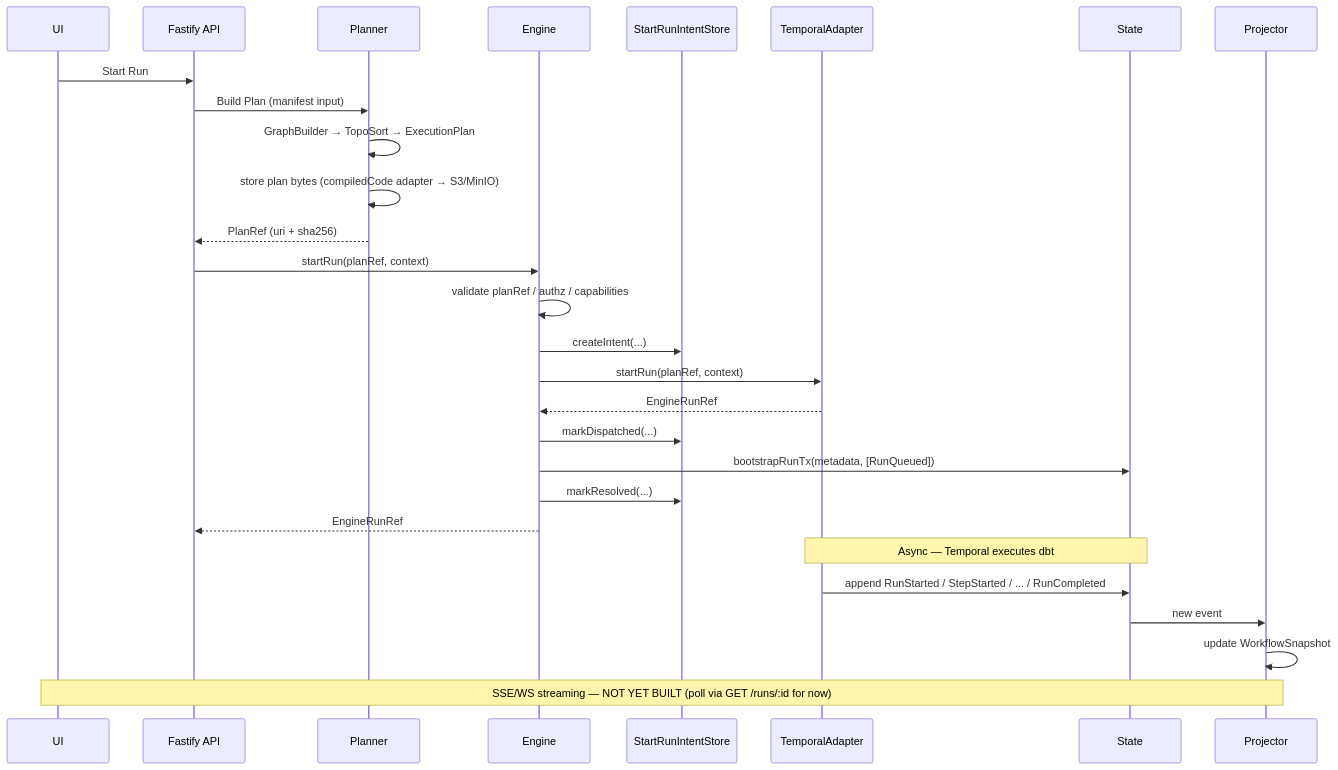
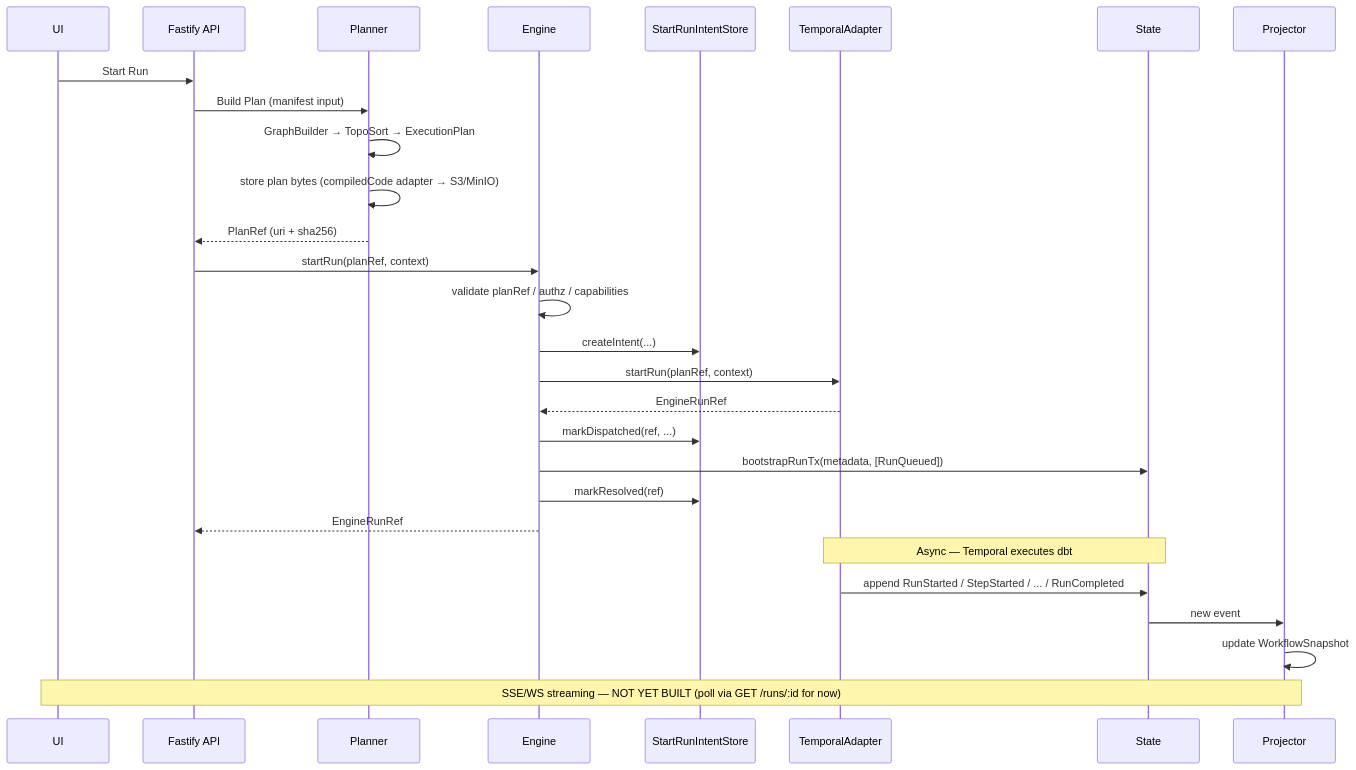
The fifth of 5 diagrams in docs/planning/execution-model/dvt-system-map-god-diagram.md (dunay2/dvt), drawn with Mermaid before and after one commit. The commit also changed 24 other files, not shown here.

````diff
--- a/docs/planning/execution-model/dvt-system-map-god-diagram.md
+++ b/docs/planning/execution-model/dvt-system-map-god-diagram.md
@@ -235,35 +235,35 @@
 ```mermaid
 sequenceDiagram
 
 participant UI
 participant API as Fastify API
 participant Planner
 participant Engine
 participant Intent as StartRunIntentStore
 participant Adapter as TemporalAdapter
 participant State
 participant Projector
 
 UI->>API: Start Run
 API->>Planner: Build Plan (manifest input)
 Planner->>Planner: GraphBuilder → TopoSort → ExecutionPlan
 Planner->>Planner: store plan bytes (compiledCode adapter → S3/MinIO)
 Planner-->>API: PlanRef (uri + sha256)
 
 API->>Engine: startRun(planRef, context)
 Engine->>Engine: validate planRef / authz / capabilities
 Engine->>Intent: createIntent(...)
 Engine->>Adapter: startRun(planRef, context)
 Adapter-->>Engine: EngineRunRef
-Engine->>Intent: markDispatched(...)
+Engine->>Intent: markDispatched(ref, ...)
 Engine->>State: bootstrapRunTx(metadata, [RunQueued])
-Engine->>Intent: markResolved(...)
+Engine->>Intent: markResolved(ref)
 Engine-->>API: EngineRunRef
 
 Note over Adapter,State: Async — Temporal executes dbt
 Adapter->>State: append RunStarted / StepStarted / ... / RunCompleted
 State->>Projector: new event
 Projector->>Projector: update WorkflowSnapshot
 
 Note over Projector,UI: SSE/WS streaming — NOT YET BUILT (poll via GET /runs/:id for now)
 ```
````
